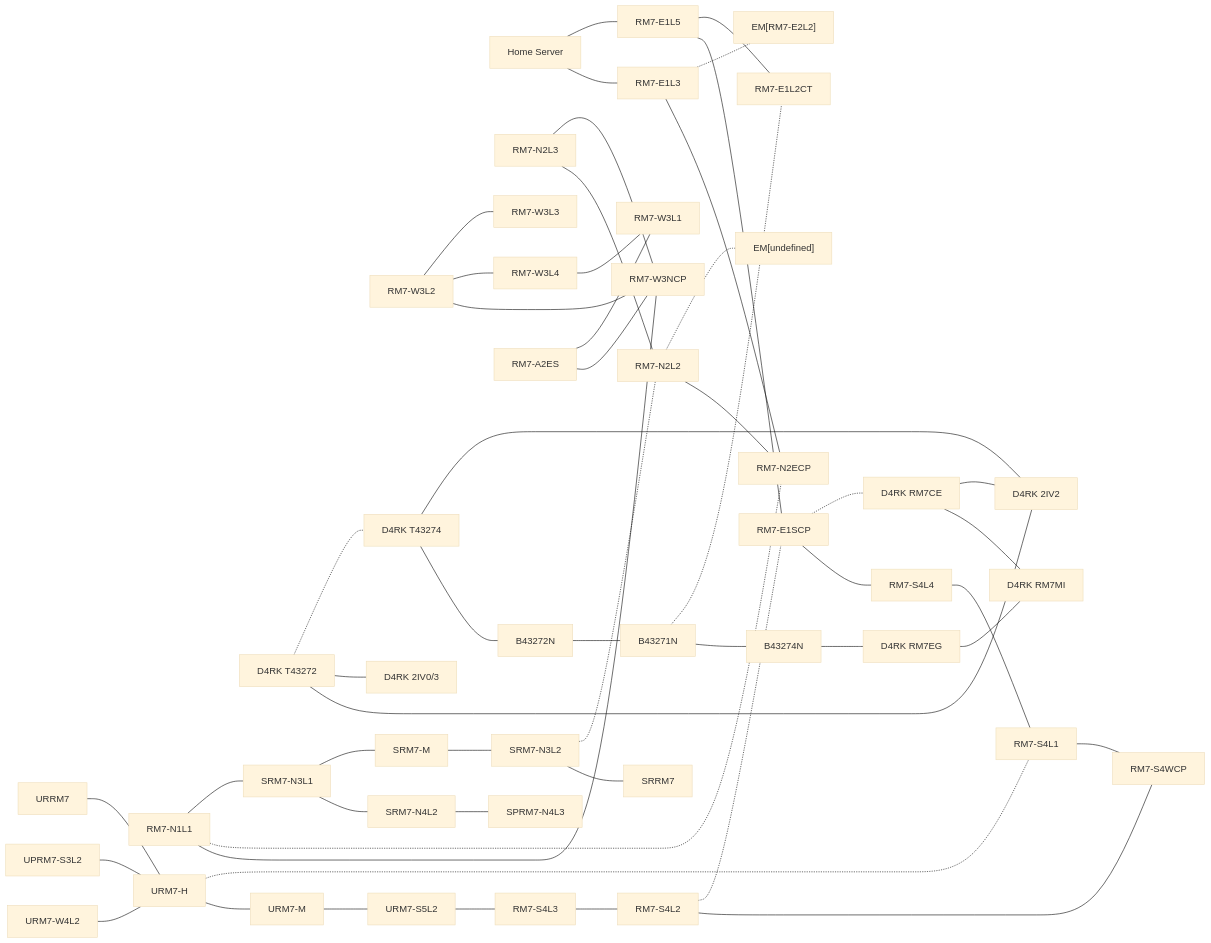
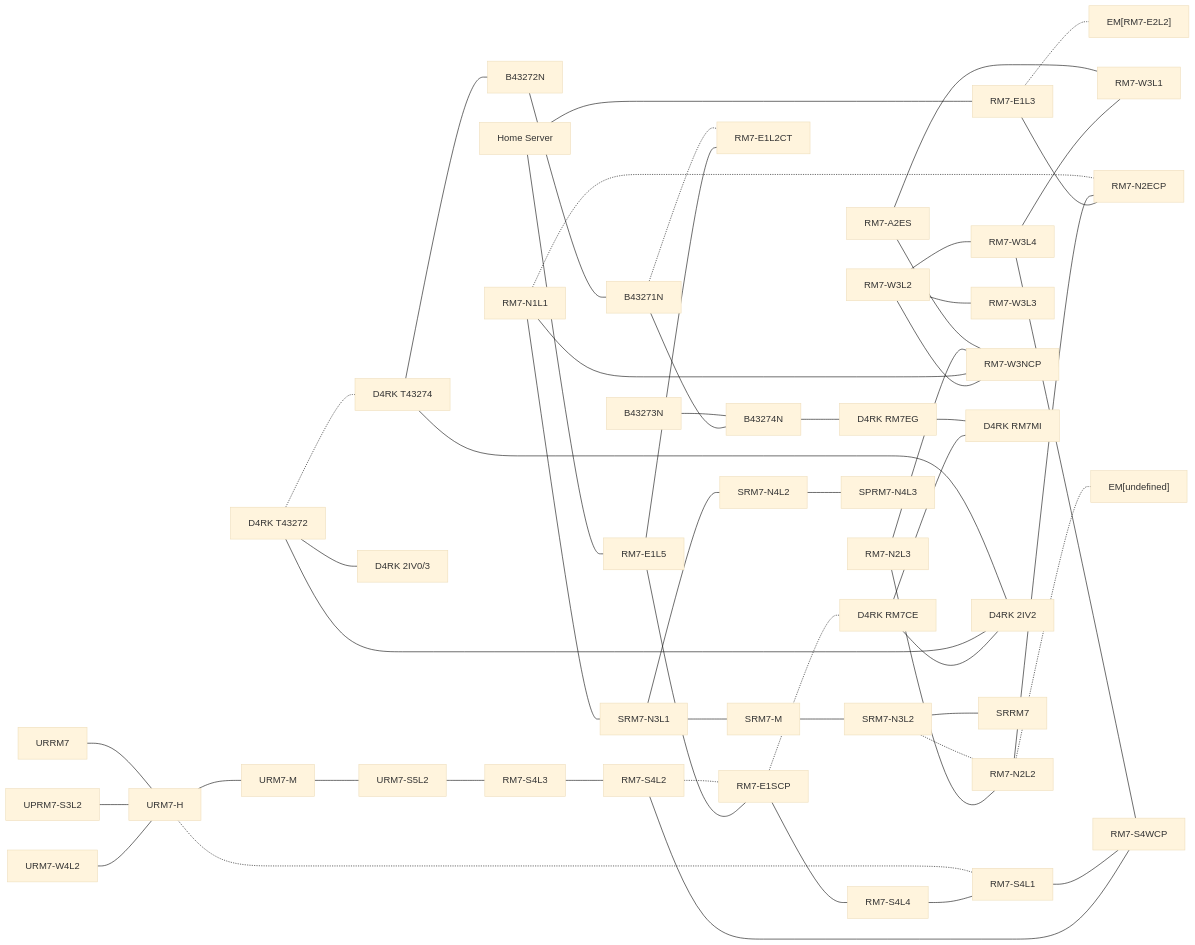
The diagram in Network map/README.md (3ncy/cor3), drawn with Mermaid (base theme) before and after one commit. The commit also changed other lines of this file and 1 other file, not shown here.

First line of the commit message:
New network map graph

````diff
--- a/Network map/README.md
+++ b/Network map/README.md
@@ -45,6 +45,7 @@
 019e4052-c317-7388-9d71-9aadc2e7c42b["URRM7"]
 019dbe42-7a63-7a11-9f4d-8a6a61d2a201["EM[RM7-E2L2]"]
 019dbe42-7a63-7a11-9f4d-8a6a61d2a202["EM[undefined]"]
+019e4052-c316-73aa-81f6-5c8693e79a31["B43273N"]
 
 019c0a5b-eeeb-7d3e-b9c9-fd5c2ba7d399 --- 019d1b0a-13a9-77dd-b41f-33f06f2df284
 019c0a5b-eeeb-7d3e-b9c9-fd5c2ba7d399 --- 019d1b0a-13a9-77dd-b41f-374ee144bd07
@@ -78,6 +79,7 @@
 019ebb73-1c4b-75c2-9a9d-ebad6f7bb1bc --- 019da6f1-16f7-75a6-b6d3-0b1d5f92a106
 019ebb73-1c4b-75c2-9a9d-ebad6f7bb1bc --- 019ebb73-1c4a-724c-a031-29049df2b1dc
 019e4052-c315-71df-80da-4e334b96c9e6 --- 019e4052-c316-73aa-81f6-448645a38c9e
+019e4052-c316-73aa-81f6-4059ea0554e0 --- 019e4052-c316-73aa-81f6-448645a38c9e
 019e4052-c316-73aa-81f6-483e50247e61 --- 019d29c5-4b37-79bf-b23e-304d8ea03c15
 019e4052-c316-73aa-81f6-4da2a3e8df51 --- 019d29c5-4b37-7de9-b46c-022179bcb5eb
 019e4052-c316-73aa-81f6-4da2a3e8df51 --- 019e4052-c317-7388-9d71-8044f31bdc0d
@@ -97,4 +99,5 @@
 019e4052-c317-7388-9d71-9aadc2e7c42b --- 019e4052-c317-7388-9d71-8fed6faaaf99
 019d1b0a-13a9-77dd-b41f-33f06f2df284 -.- 019dbe42-7a63-7a11-9f4d-8a6a61d2a201
 019da6f1-16f7-75a6-b6d3-0b1d5f92a101 -.- 019dbe42-7a63-7a11-9f4d-8a6a61d2a202
+019e4052-c316-73aa-81f6-5c8693e79a31 --- 019e4052-c316-73aa-81f6-60ec61b61f0a
 ```
````
